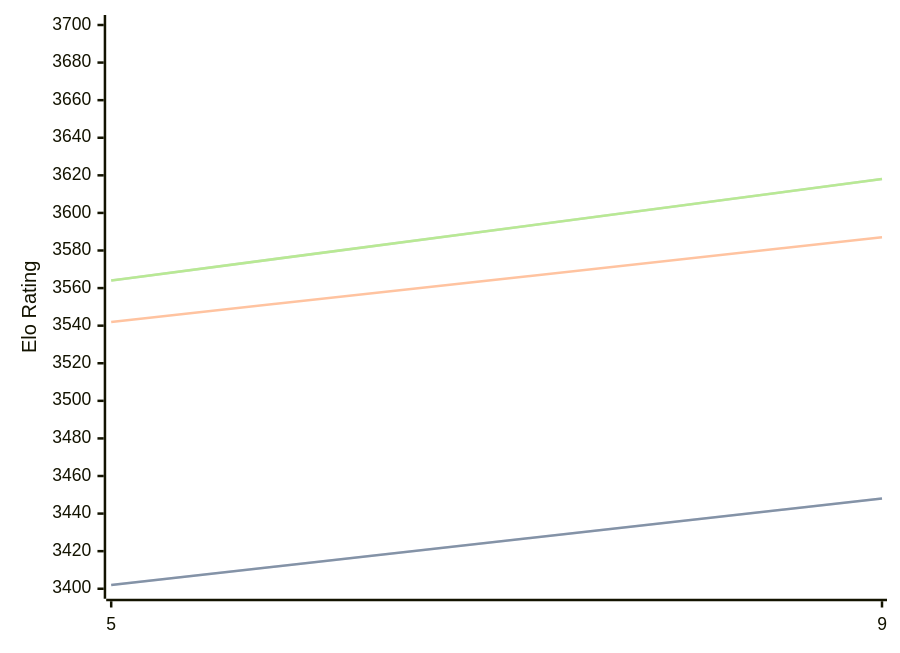
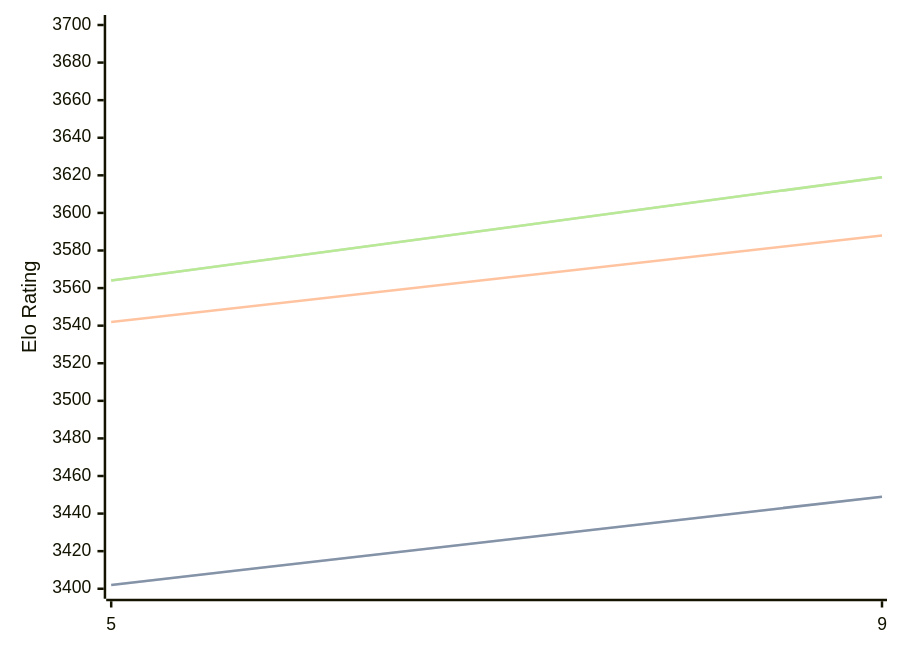
One commit to computer-chess-index/cci changed the diagram in engines/Crystal.md. Above: the diagram before and after it, drawn with Mermaid. The commit also changed other lines of this file, not shown here.

Commit message:
Update CCI Ratings (ELO VLTC) - 2026-04-01

````diff
--- a/engines/Crystal.md
+++ b/engines/Crystal.md
@@ -60,11 +60,11 @@
 ```mermaid
 %%{init: {"theme":"base","themeVariables":{"seriesColors:['#a3a3a3','#222221','#faa371']}}}%%
 xychart-beta
   x-axis ["5", "9"]
   y-axis "Elo Rating" 3400 --> 3700
-  line "STC (8.0+0.08s)" [3402, 3448]
-  line "STC (8.0+0.08s)" [3402, 3448]
-  line "LTC (60.0+0.60s)" [3542, 3587]
-  line "VLTC (2m24s+1.12s)" [3564, 3618]
-  line "VLTC (2m24s+1.12s)" [3564, 3618]
+  line "STC (8.0+0.08s)" [3402, 3449]
+  line "STC (8.0+0.08s)" [3402, 3449]
+  line "LTC (60.0+0.60s)" [3542, 3588]
+  line "VLTC (2m24s+1.12s)" [3564, 3619]
+  line "VLTC (2m24s+1.12s)" [3564, 3619]
 ```
````
